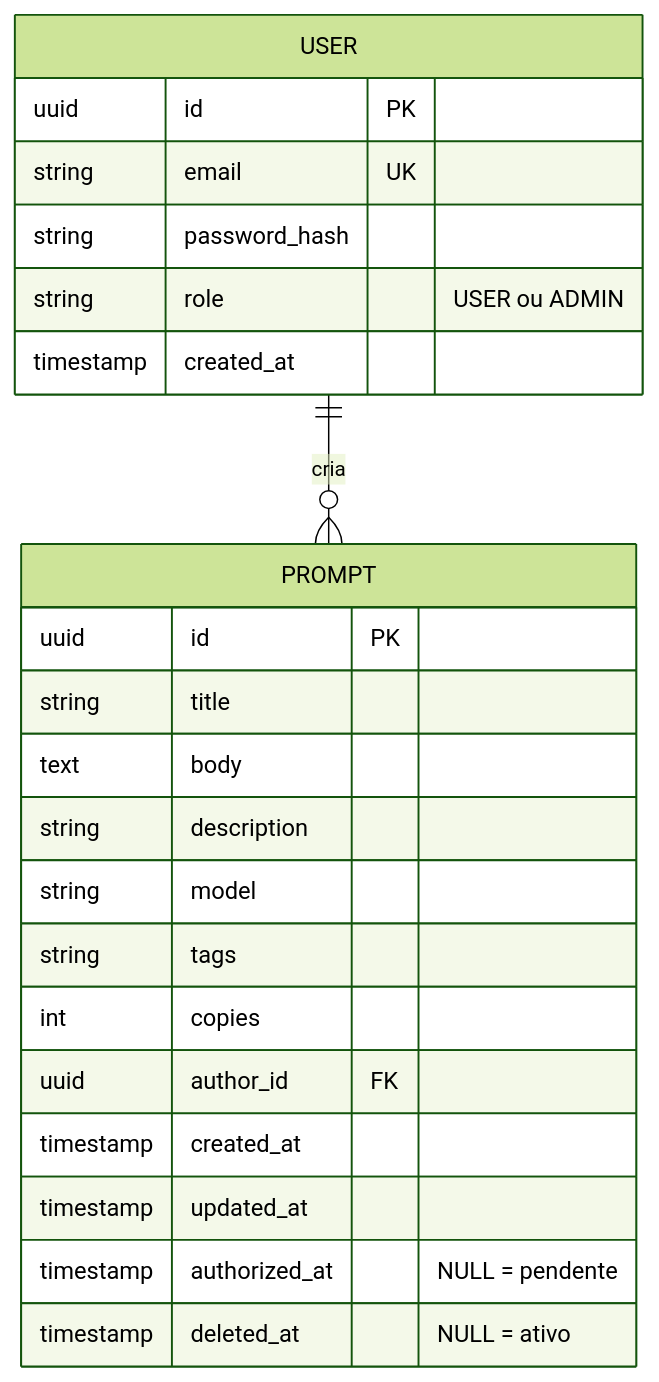
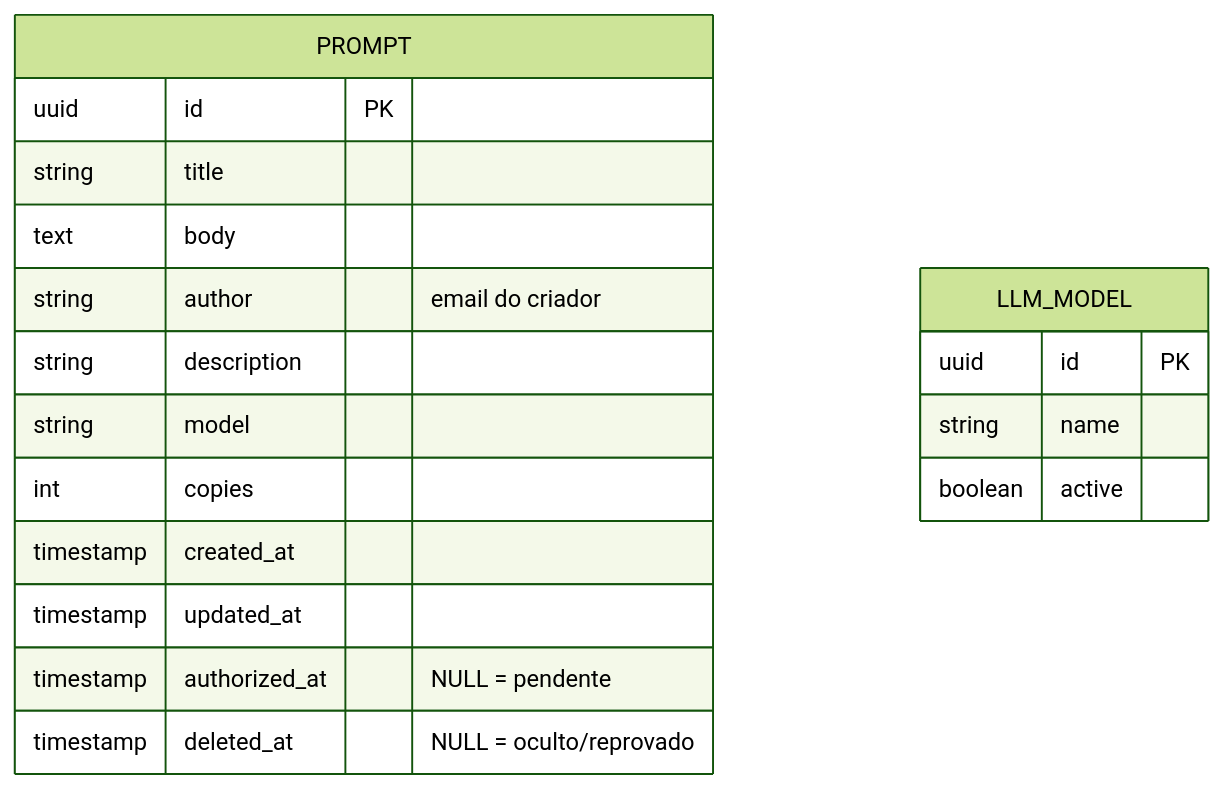
Before and after one commit to nataliarosa88/marketplace-de-prompts: the seventh of 10 diagrams in README.md, drawn with Mermaid (forest theme). The commit also changed other lines of this file and 31 other files, not shown here.

First line of the commit message:
Remove auth flow and switch admin to secret URL.

````diff
--- a/README.md
+++ b/README.md
@@ -313,27 +219,22 @@
 ```mermaid
 erDiagram
-    USER {
-        uuid id PK
-        string email UK
-        string password_hash
-        string role "USER ou ADMIN"
-        timestamp created_at
-    }
-
     PROMPT {
         uuid id PK
         string title
         text body
+        string author "email do criador"
         string description
         string model
-        string tags
         int copies
-        uuid author_id FK
         timestamp created_at
         timestamp updated_at
         timestamp authorized_at "NULL = pendente"
-        timestamp deleted_at "NULL = ativo"
+        timestamp deleted_at "NULL = oculto/reprovado"
     }
 
-    USER ||--o{ PROMPT : "cria"
+    LLM_MODEL {
+        uuid id PK
+        string name
+        boolean active
+    }
 ```
````
